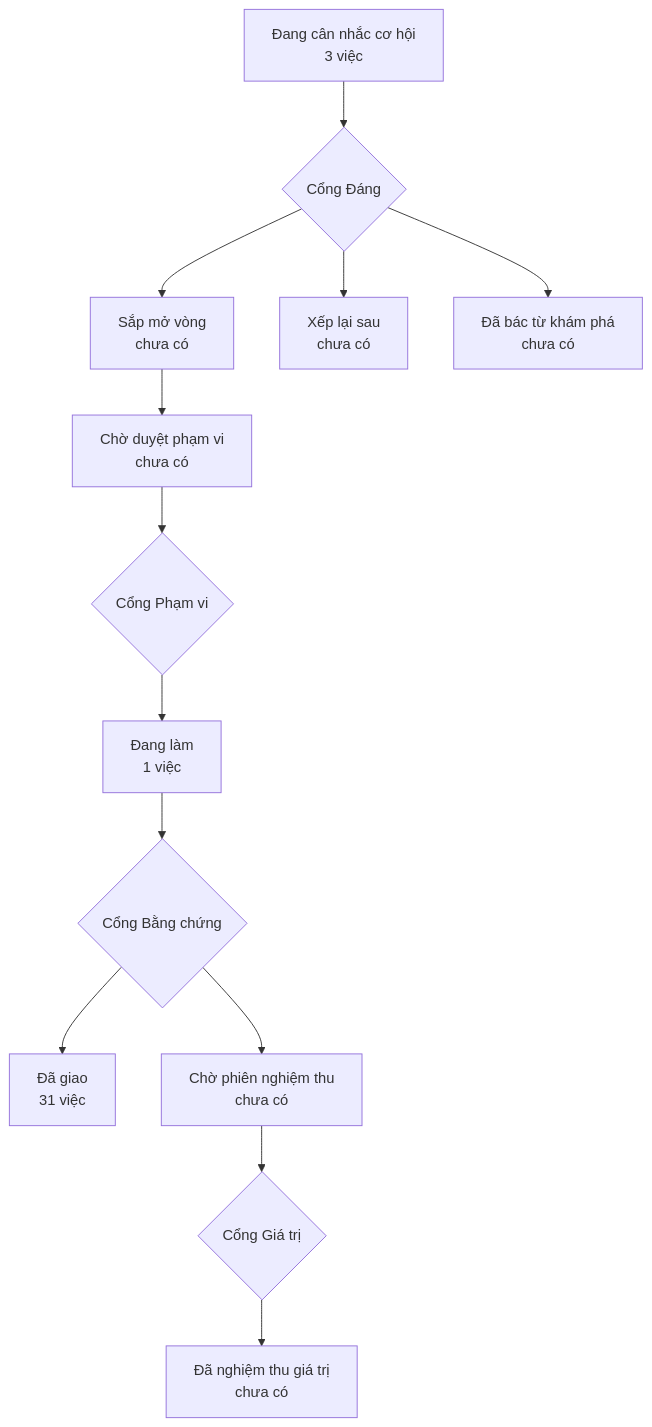
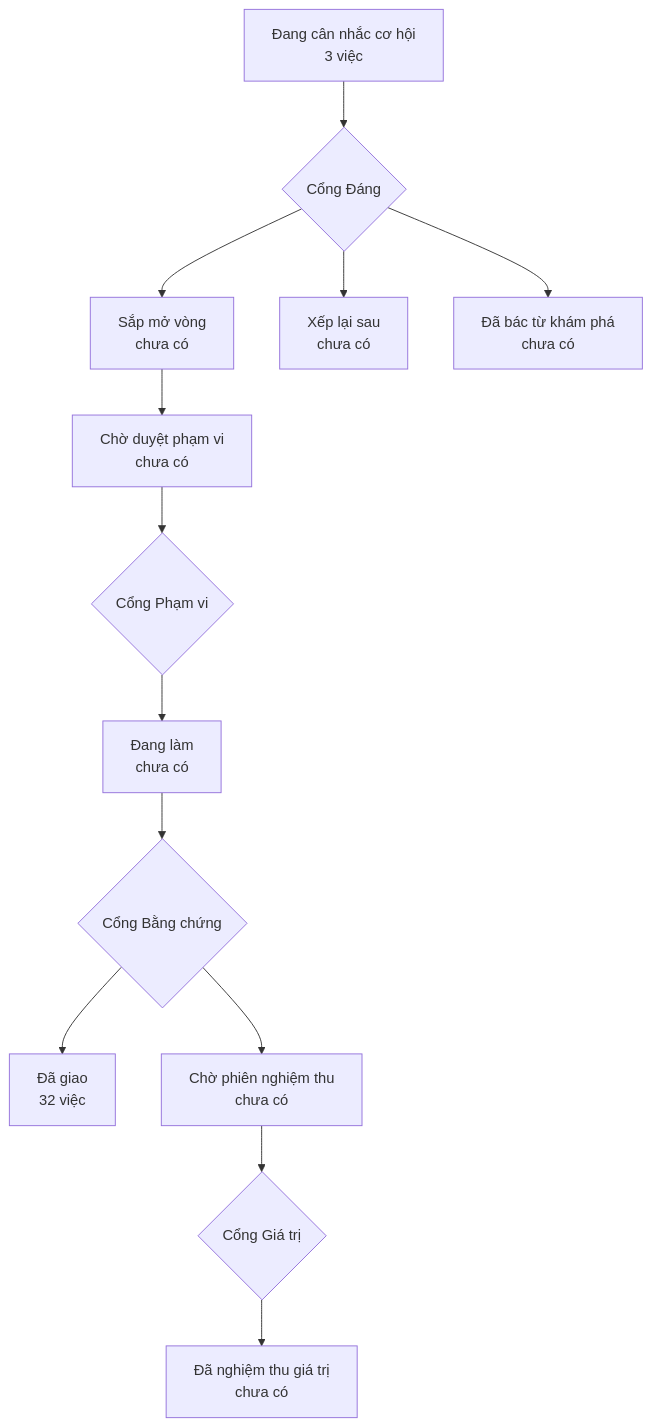
Before and after one commit to phanlemanh/OneFlow: the diagram in PRODUCT-MAP.md, drawn with Mermaid. The commit also changed other lines of this file and 1 other file, not shown here.

Commit message:
docs: ghi noi-thuoc-tai-lieu-vao-ci vao hai so sau khi ky
Ho so ay chuyen signed-off 02/09 nhung khong vao ban do san pham lan so
cai lo trinh, nen ca hai cong dang DO tren HEAD:

  check-product-map.mjs  -> 32 ho so, 31 muc, nut mermaid 31
  roadmap-drift.mjs      -> 32 hang muc da ky, 31 dong trong so

Dang chu y: dung hai thuoc ma chinh ho so ay cam vao CI da bat loi bo
sot cua chinh no. Ca hai nay xanh sau commit.

````diff
--- a/PRODUCT-MAP.md
+++ b/PRODUCT-MAP.md
@@ -6,12 +6,12 @@
 ```mermaid
 flowchart TD
   A["Đang cân nhắc cơ hội<br/>3 việc"] --> GD{"Cổng Đáng"}
   GD --> B["Sắp mở vòng<br/>chưa có"]
   GD --> XL["Xếp lại sau<br/>chưa có"]
   GD --> DB["Đã bác từ khám phá<br/>chưa có"]
   B --> CD["Chờ duyệt phạm vi<br/>chưa có"] --> GP{"Cổng Phạm vi"}
-  GP --> DL["Đang làm<br/>1 việc"] --> GB{"Cổng Bằng chứng"}
-  GB --> DG["Đã giao<br/>31 việc"]
+  GP --> DL["Đang làm<br/>chưa có"] --> GB{"Cổng Bằng chứng"}
+  GB --> DG["Đã giao<br/>32 việc"]
   GB --> CN["Chờ phiên nghiệm thu<br/>chưa có"] --> GG{"Cổng Giá trị"}
   GG --> NT["Đã nghiệm thu giá trị<br/>chưa có"]
 ```
````
